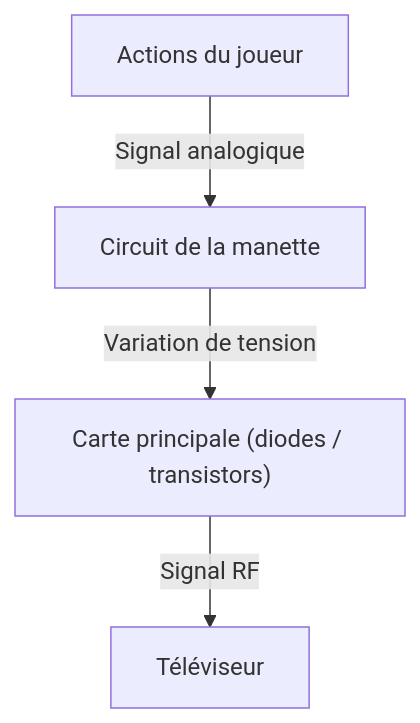
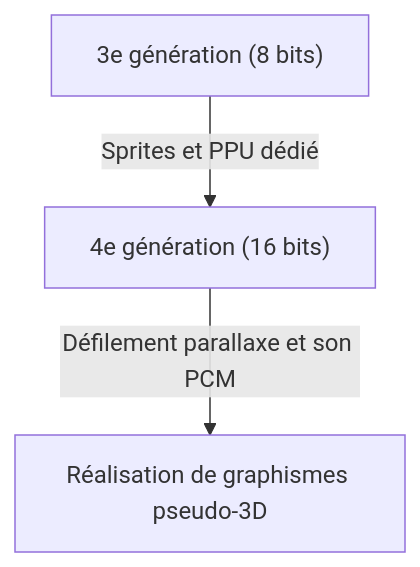
The first of 2 diagrams in content/post/history-of-video-game-consoles/index.fr.md (kenjinote/blog), drawn with Mermaid before and after one commit. The commit also changed other lines of this file and 129 other files, not shown here.

````diff
--- a/content/post/history-of-video-game-consoles/index.fr.md
+++ b/content/post/history-of-video-game-consoles/index.fr.md
@@ -22,6 +33,5 @@
 ```mermaid
 graph TD
-    A["Actions du joueur"] -- "Signal analogique" --> B["Circuit de la manette"]
-    B -- "Variation de tension" --> C["Carte principale (diodes / transistors)"]
-    C -- "Signal RF" --> D["Téléviseur"]
+  A["3e génération (8 bits)"] -- "Sprites et PPU dédié" --> B["4e génération (16 bits)"]
+  B["4e génération (16 bits)"] -- "Défilement parallaxe et son PCM" --> C["Réalisation de graphismes pseudo-3D"]
 ```
````
